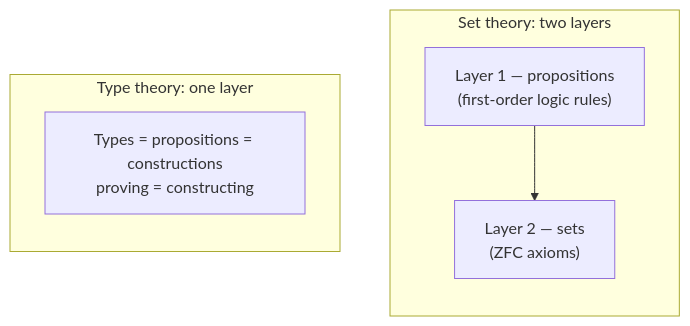
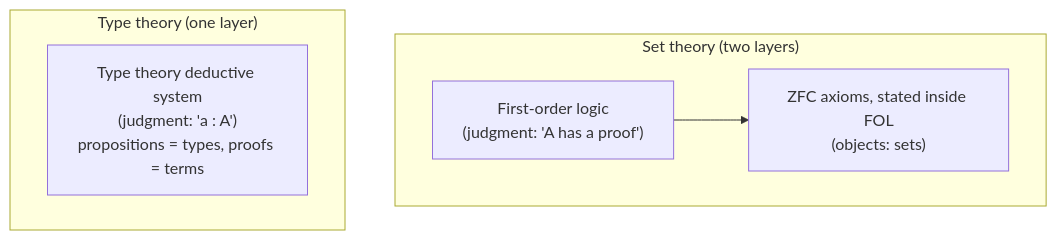
The diagram in 14_homotopy_type_theory/Type-Theory-as-a-Foundational-System.md (superoptimo/type_theory_vaults), drawn with Mermaid before and after one commit. The commit also changed other lines of this file and 1097 other files, not shown here.

Commit message:
Update vaults books with learning roadmaps

````diff
--- a/14_homotopy_type_theory/Type-Theory-as-a-Foundational-System.md
+++ b/14_homotopy_type_theory/Type-Theory-as-a-Foundational-System.md
@@ -32,9 +29,11 @@
 ```mermaid
-graph BT
-    subgraph SET["Set theory: two layers"]
-        P["Layer 1 — propositions<br/>(first-order logic rules)"] --> S["Layer 2 — sets<br/>(ZFC axioms)"]
+graph TD
+    subgraph "Set theory (two layers)"
+        FOL["First-order logic<br/>(judgment: 'A has a proof')"]
+        ZFC["ZFC axioms, stated inside FOL<br/>(objects: sets)"]
+        FOL --> ZFC
     end
-    subgraph TT["Type theory: one layer"]
-        T["Types = propositions = constructions<br/>proving = constructing"]
+    subgraph "Type theory (one layer)"
+        TT["Type theory deductive system<br/>(judgment: 'a : A')<br/>propositions = types, proofs = terms"]
     end
 ```
````
